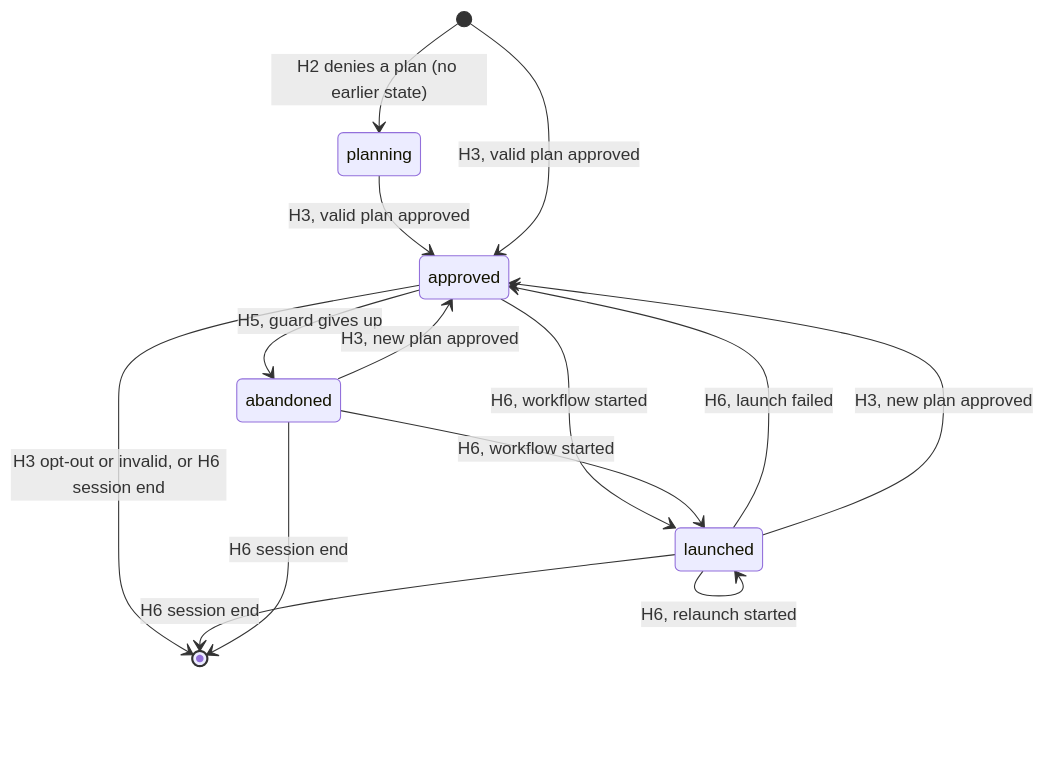
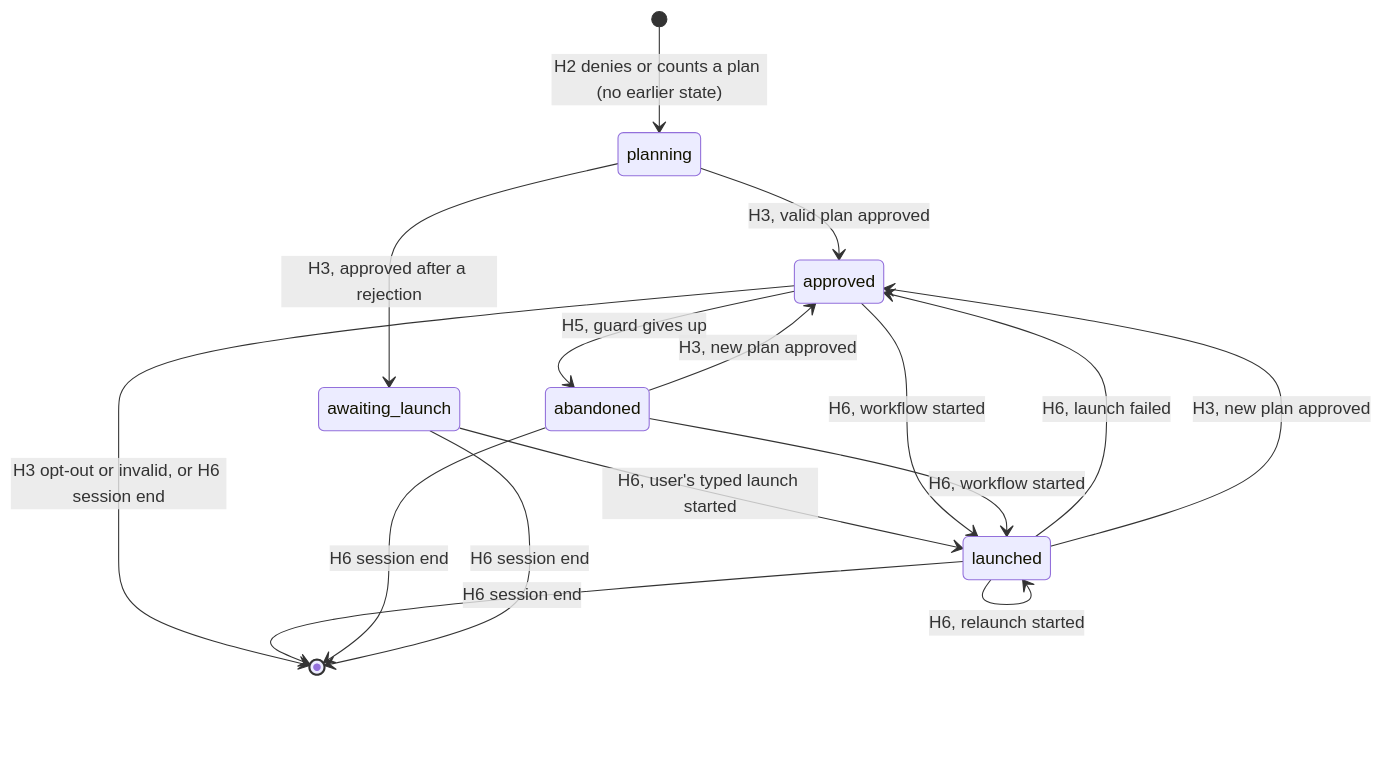
One commit to timschreiber/claude-plugins changed the second of 2 diagrams in docs/planandtier/planandtier-reference.md. Above: the diagram before and after it, drawn with Mermaid. The commit also changed other lines of this file and 2 other files, not shown here.

First line of the commit message:
docs(planandtier): document the typed launch for revised plans

````diff
--- a/docs/planandtier/planandtier-reference.md
+++ b/docs/planandtier/planandtier-reference.md
@@ -474,16 +502,18 @@
 ```mermaid
 stateDiagram-v2
-    [*] --> planning: H2 denies a plan (no earlier state)
+    [*] --> planning: H2 denies or counts a plan (no earlier state)
     planning --> approved: H3, valid plan approved
-    [*] --> approved: H3, valid plan approved
+    planning --> awaiting_launch: H3, approved after a rejection
+    awaiting_launch --> launched: H6, user's typed launch started
     approved --> launched: H6, workflow started
     launched --> launched: H6, relaunch started
     launched --> approved: H6, launch failed
     approved --> abandoned: H5, guard gives up
     abandoned --> launched: H6, workflow started
     abandoned --> approved: H3, new plan approved
     launched --> approved: H3, new plan approved
     approved --> [*]: H3 opt-out or invalid, or H6 session end
     launched --> [*]: H6 session end
     abandoned --> [*]: H6 session end
+    awaiting_launch --> [*]: H6 session end
 ```
````
